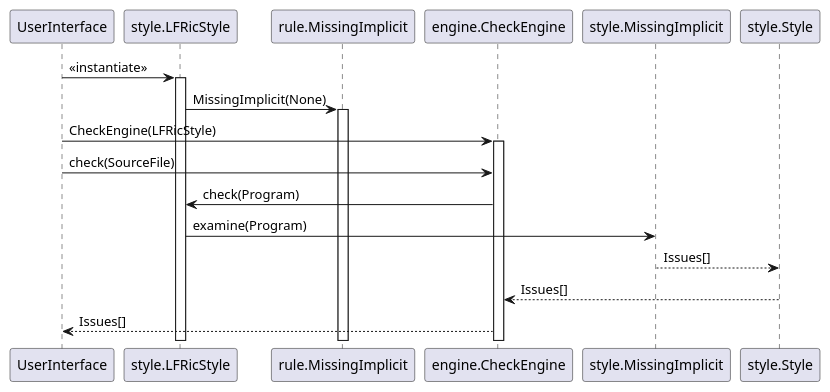
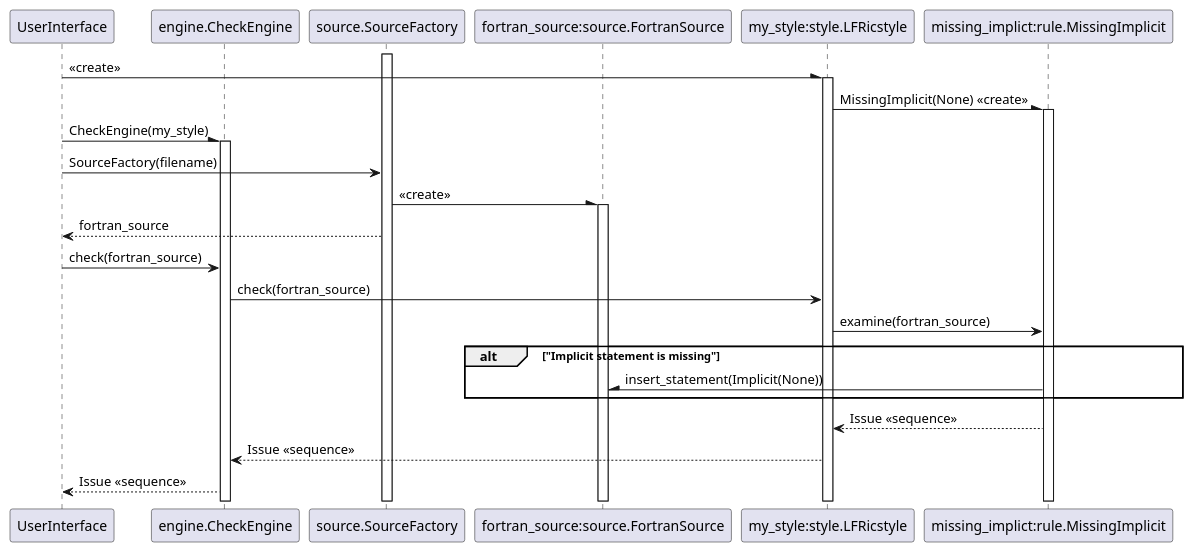
One commit to MetOffice/stylist changed the diagram in documentation/source/developer-information/uml/future_sequence_diagram.puml. Above: the diagram before and after it, drawn with PlantUML. The commit also changed 4 other files, not shown here.

```diff
--- a/documentation/source/developer-information/uml/future_sequence_diagram.puml
+++ b/documentation/source/developer-information/uml/future_sequence_diagram.puml
@@ -1,26 +1,42 @@
 @startuml Styler Sequence Diagram
 
 participant UserInterface
+participant engine.CheckEngine as CheckEngine
+participant "source.SourceFactory" as SourceFactory
+participant "fortran_source:source.FortranSource" as FortranSource
+participant "my_style:style.LFRicstyle" as LFRicStyle
+participant "missing_implict:rule.MissingImplicit" as MissingImplicit
 
-UserInterface -> style.LFRicStyle : <<instantiate>>
-activate style.LFRicStyle
+activate SourceFactory
 
-style.LFRicStyle -> rule.MissingImplicit : MissingImplicit(None)
-activate rule.MissingImplicit
+UserInterface -\ LFRicStyle : <<create>>
+activate LFRicStyle
 
-UserInterface -> engine.CheckEngine : CheckEngine(LFRicStyle)
-activate engine.CheckEngine
+LFRicStyle -\ MissingImplicit : MissingImplicit(None) <<create>>
+activate MissingImplicit
 
-UserInterface -> engine.CheckEngine : check(SourceFile)
+UserInterface -\ CheckEngine : CheckEngine(my_style)
+activate CheckEngine
 
-engine.CheckEngine -> style.LFRicStyle : check(Program)
+UserInterface -> SourceFactory : SourceFactory(filename)
+SourceFactory -\ FortranSource : <<create>>
+activate FortranSource
+SourceFactory --> UserInterface : fortran_source
 
-style.LFRicStyle -> style.MissingImplicit : examine(Program)
+UserInterface -> CheckEngine : check(fortran_source)
 
-style.MissingImplicit --> style.Style : Issues[]
+CheckEngine -> LFRicStyle : check(fortran_source)
 
-style.Style --> engine.CheckEngine : Issues[]
+LFRicStyle -> MissingImplicit : examine(fortran_source)
 
-engine.CheckEngine --> UserInterface : Issues[]
+alt "Implicit statement is missing"
+MissingImplicit -\ FortranSource : insert_statement(Implicit(None))
+end
+
+MissingImplicit --> LFRicStyle : Issue <<sequence>>
+
+LFRicStyle --> CheckEngine : Issue <<sequence>>
+
+CheckEngine --> UserInterface : Issue <<sequence>>
 
 @enduml
```
